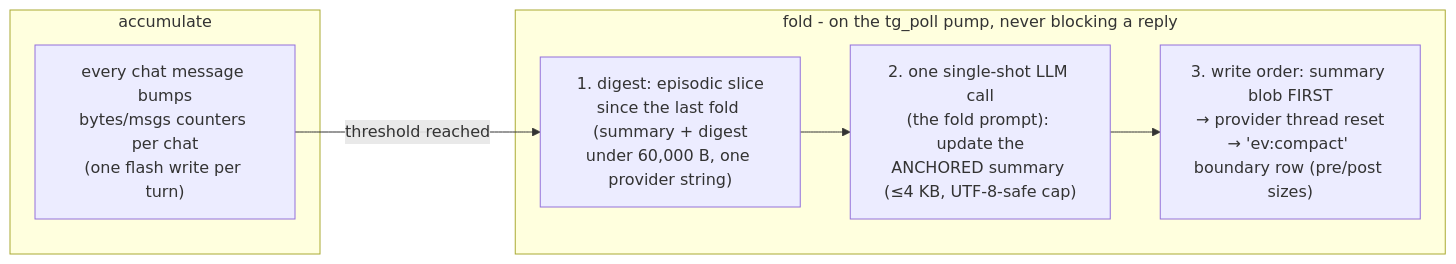
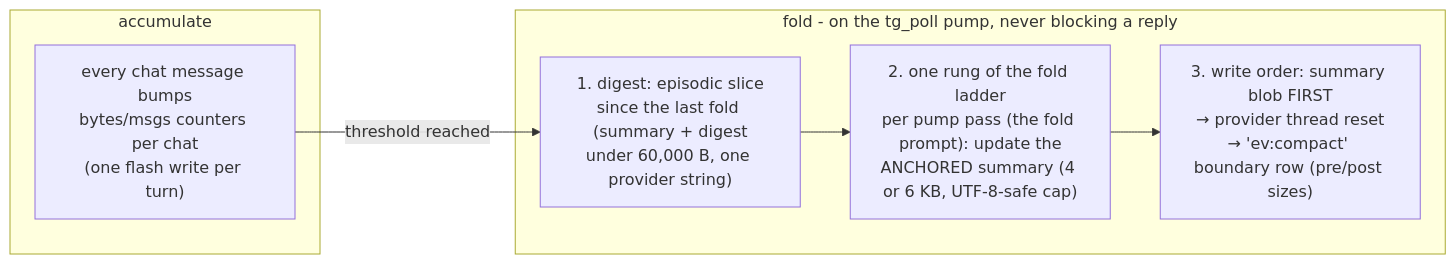
Before and after one commit to ristllin/Nimbus: the second of 2 diagrams in docs/memory.md, drawn with Mermaid. The commit also changed other lines of this file and 20 other files, not shown here.

````diff
--- a/docs/memory.md
+++ b/docs/memory.md
@@ -493,11 +485,11 @@
 ```mermaid
 flowchart LR
   subgraph ACC["accumulate"]
     A["every chat message bumps<br/>bytes/msgs counters per chat<br/>(one flash write per turn)"]
   end
   subgraph FOLD["fold - on the tg_poll pump, never blocking a reply"]
-    D["1. digest: episodic slice<br/>since the last fold (summary + digest<br/>under 60,000 B, one provider string)"] --> L["2. one single-shot LLM call<br/>(the fold prompt): update the<br/>ANCHORED summary (≤4 KB, UTF-8-safe cap)"]
+    D["1. digest: episodic slice<br/>since the last fold (summary + digest<br/>under 60,000 B, one provider string)"] --> L["2. one rung of the fold ladder<br/>per pump pass (the fold prompt): update the<br/>ANCHORED summary (4 or 6 KB, UTF-8-safe cap)"]
     L --> W["3. write order: summary blob FIRST<br/>→ provider thread reset<br/>→ 'ev:compact' boundary row (pre/post sizes)"]
   end
   A -->|"threshold reached"| D
 ```
````
